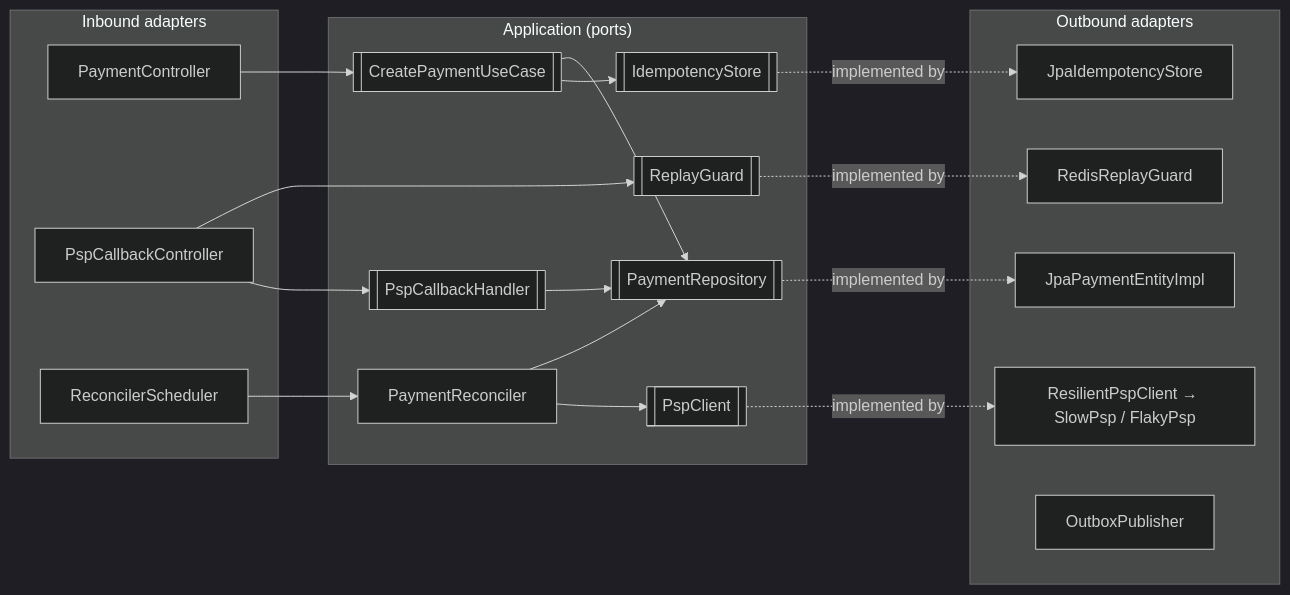
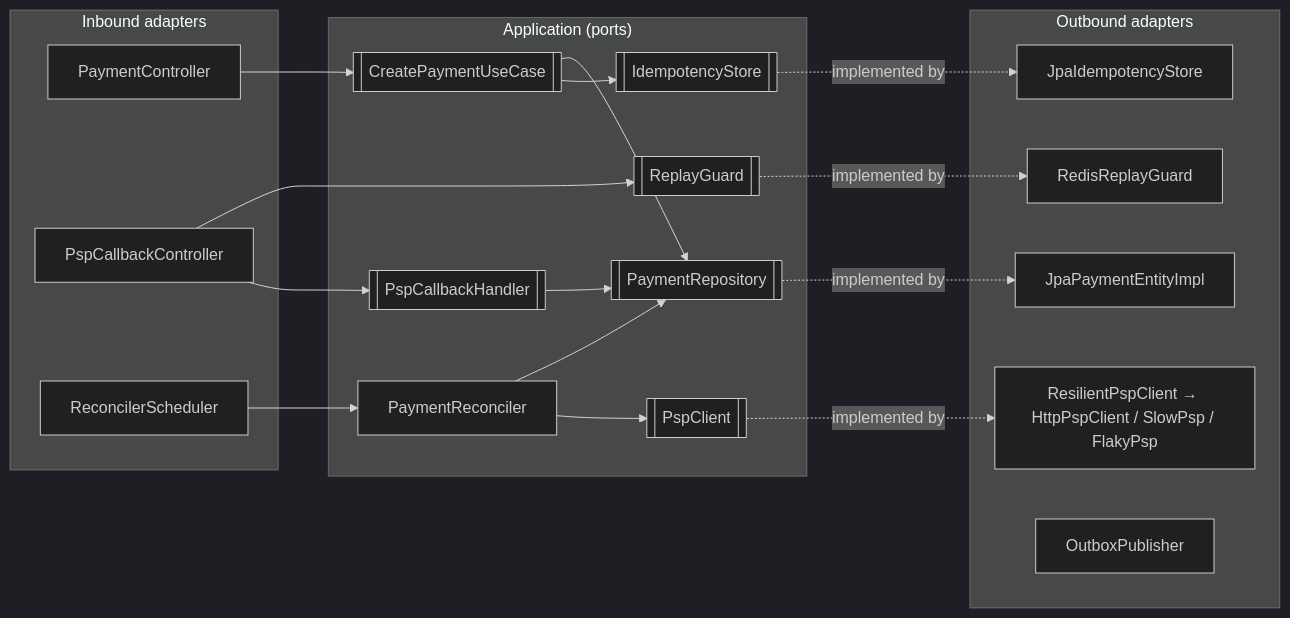
The third of 11 diagrams in README.md (Hurdadd/openpay-platform), drawn with Mermaid (dark theme) before and after one commit. The commit also changed other lines of this file and 12 other files, not shown here.

````diff
--- a/README.md
+++ b/README.md
@@ -101,35 +104,35 @@
 ```mermaid
 flowchart LR
     subgraph "Inbound adapters"
         C1[PaymentController]
         C2[PspCallbackController]
         C3[ReconcilerScheduler]
     end
     subgraph "Application (ports)"
         U1[[CreatePaymentUseCase]]
         U2[[PspCallbackHandler]]
         U3[PaymentReconciler]
         P1[[PaymentRepository]]
         P2[[IdempotencyStore]]
         P3[[PspClient]]
         P4[[ReplayGuard]]
     end
     subgraph "Outbound adapters"
         O1[JpaPaymentEntityImpl]
         O2[JpaIdempotencyStore]
-        O3[ResilientPspClient → SlowPsp / FlakyPsp]
+        O3[ResilientPspClient → HttpPspClient / SlowPsp / FlakyPsp]
         O4[RedisReplayGuard]
         O5[OutboxPublisher]
     end
     C1 --> U1
     C2 --> P4
     C2 --> U2
     C3 --> U3
     U1 --> P1 & P2
     U2 --> P1
     U3 --> P1 & P3
     P1 -.implemented by.-> O1
     P2 -.implemented by.-> O2
     P3 -.implemented by.-> O3
     P4 -.implemented by.-> O4
 ```
````
